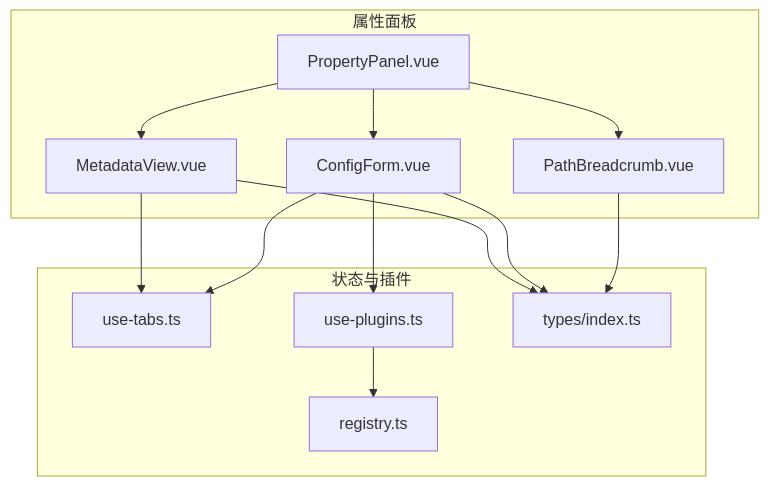
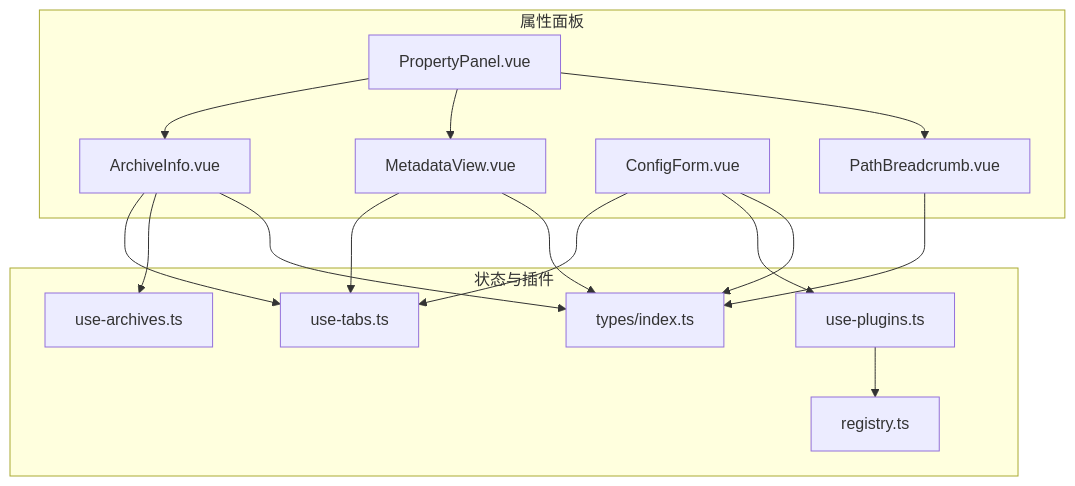
One commit to taoweidong/Hello-Tauri changed the first of 7 diagrams in .qoder/repowiki/zh/content/用户界面/核心组件/属性面板组件/属性面板组件.md. Above: the diagram before and after it, drawn with Mermaid. The commit also changed other lines of this file and 14 other files, not shown here.

````diff
--- a/.qoder/repowiki/zh/content/用户界面/核心组件/属性面板组件/属性面板组件.md
+++ b/.qoder/repowiki/zh/content/用户界面/核心组件/属性面板组件/属性面板组件.md
@@ -50,25 +56,30 @@
 ```mermaid
 graph TB
 subgraph "属性面板"
 PP["PropertyPanel.vue"]
+AI["ArchiveInfo.vue"]
 MV["MetadataView.vue"]
 CF["ConfigForm.vue"]
 PB["PathBreadcrumb.vue"]
 end
 subgraph "状态与插件"
 UT["use-tabs.ts"]
+UA["use-archives.ts"]
 UP["use-plugins.ts"]
 REG["registry.ts"]
 TYP["types/index.ts"]
 end
+PP --> AI
 PP --> MV
-PP --> CF
 PP --> PB
+AI --> UT
+AI --> UA
 MV --> UT
 CF --> UT
 CF --> UP
 UP --> REG
+AI --> TYP
 MV --> TYP
 CF --> TYP
 PB --> TYP
 ```
````
